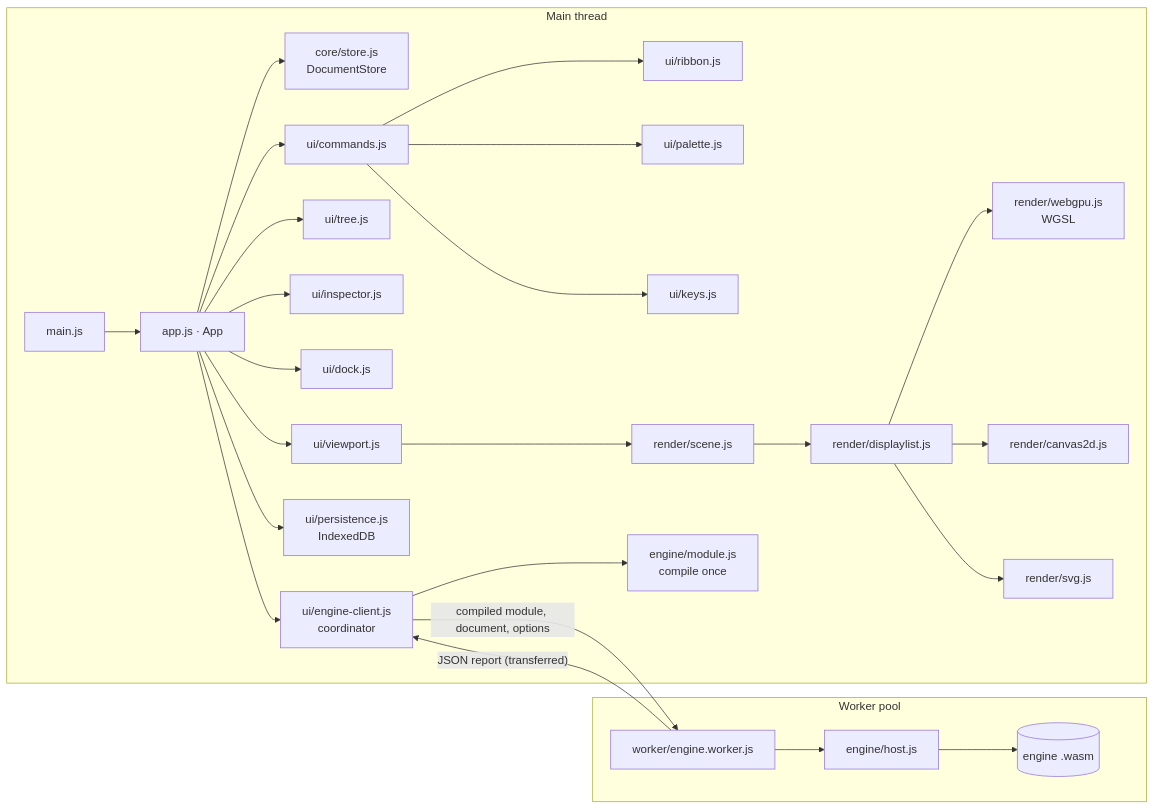
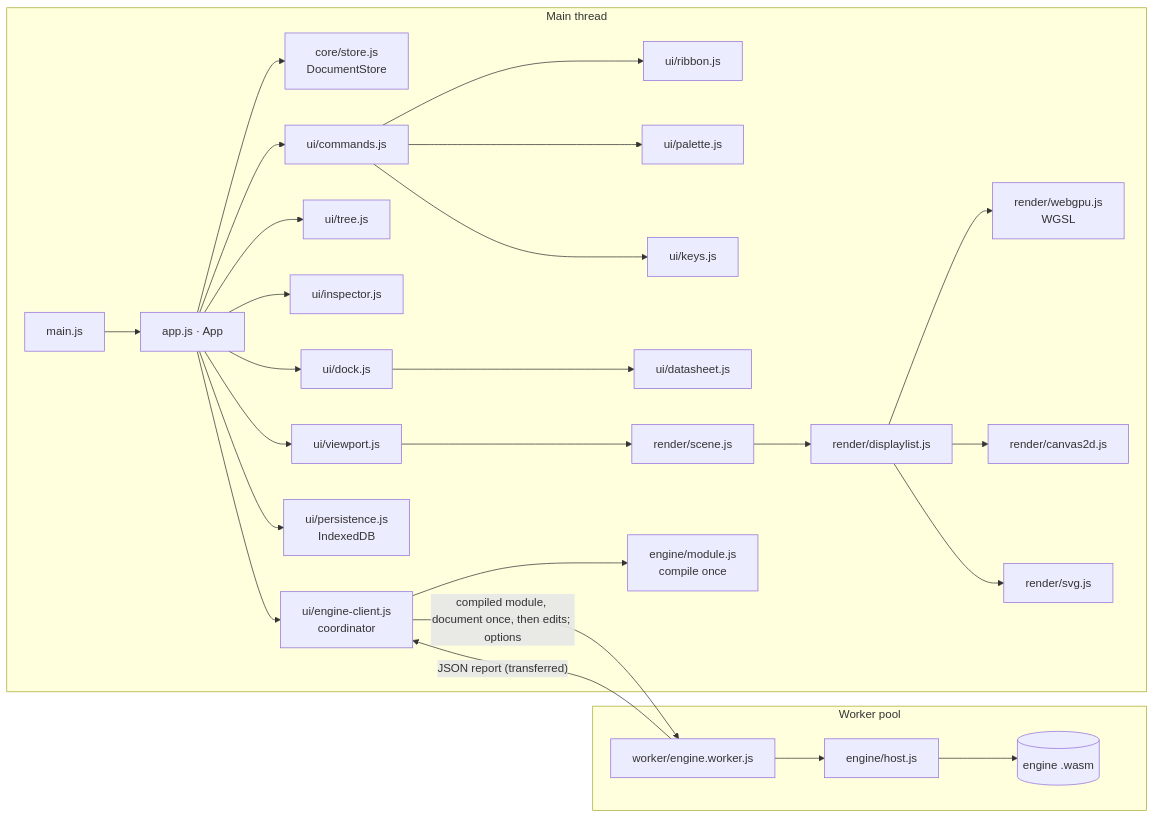
The diagram in docs/ARCHITECTURE.md (swiftugandan/powerstudio), drawn with Mermaid before and after one commit. The commit also changed other lines of this file and 6 other files, not shown here.

````diff
--- a/docs/ARCHITECTURE.md
+++ b/docs/ARCHITECTURE.md
@@ -10,21 +10,22 @@
 ```mermaid
 flowchart LR
   subgraph UI["Main thread"]
     main[main.js] --> app[app.js · App]
     app --> store[core/store.js<br>DocumentStore]
     app --> cmds[ui/commands.js]
     cmds --> ribbon[ui/ribbon.js] & palette[ui/palette.js] & keys[ui/keys.js]
     app --> tree[ui/tree.js] & insp[ui/inspector.js] & dock[ui/dock.js]
+    dock --> sheet[ui/datasheet.js]
     app --> vp[ui/viewport.js]
     vp --> scene[render/scene.js] --> dl[render/displaylist.js]
     dl --> gpu[render/webgpu.js<br>WGSL] & c2d[render/canvas2d.js] & svg[render/svg.js]
     app --> lib[ui/persistence.js<br>IndexedDB]
     app --> client[ui/engine-client.js<br>coordinator]
     client --> mod[engine/module.js<br>compile once]
   end
   subgraph P["Worker pool"]
     wk[worker/engine.worker.js] --> host[engine/host.js] --> wasm[(engine .wasm)]
   end
-  client -- "compiled module, document, options" --> wk
+  client -- "compiled module, document once, then edits; options" --> wk
   wk -- "JSON report (transferred)" --> client
 ```
````
